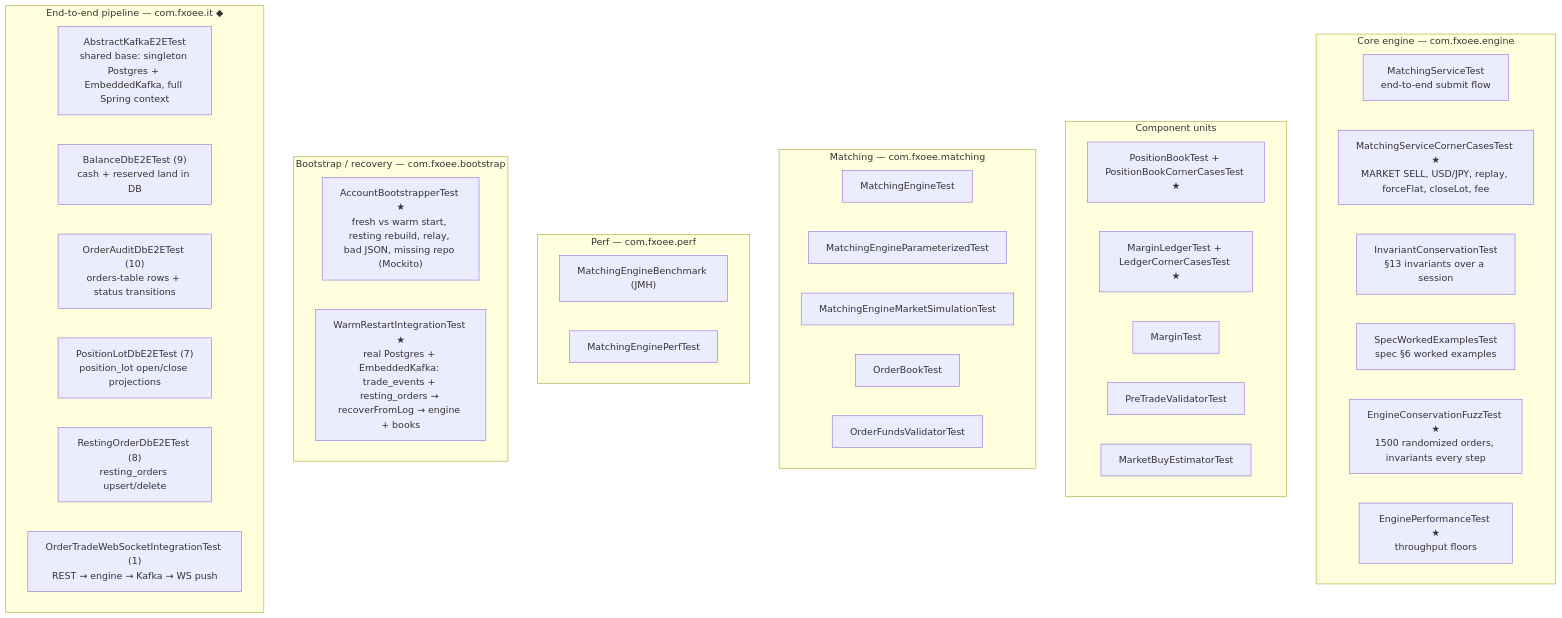
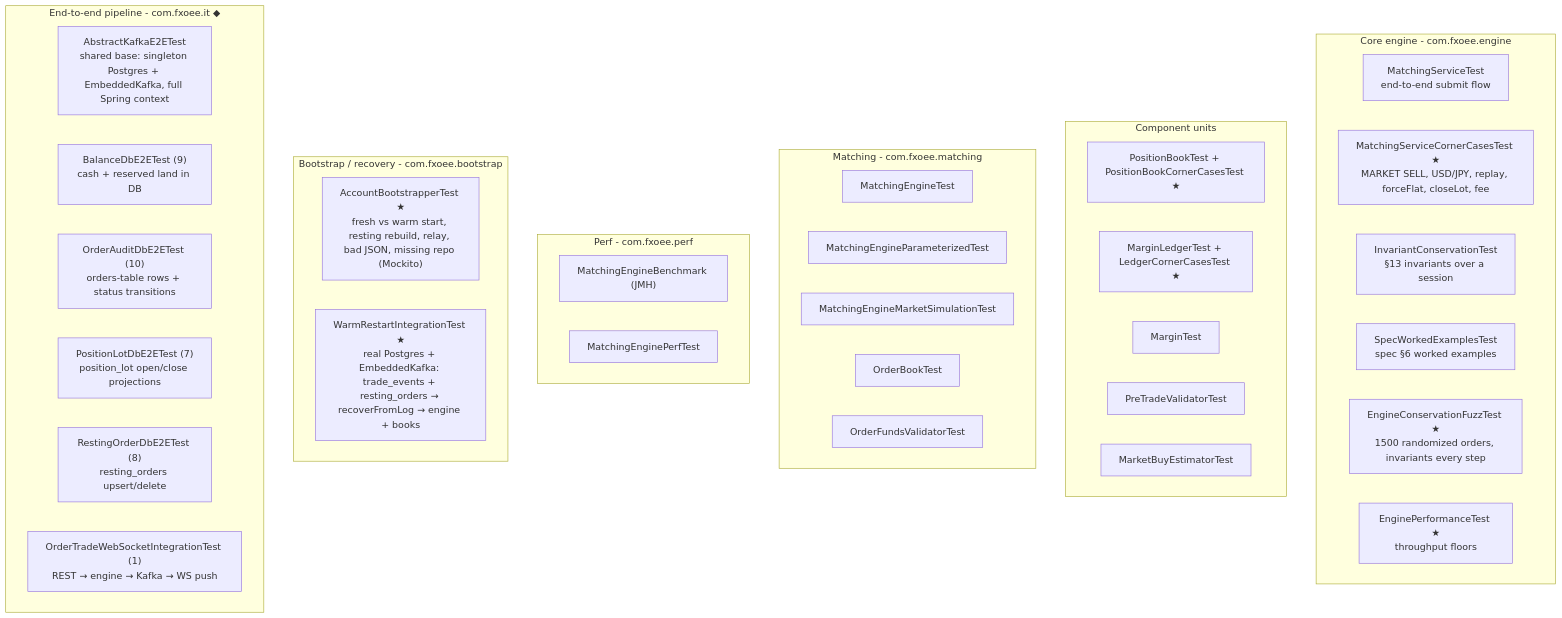
The first of 2 diagrams in 08-testing.md (mc139/fx-oee-docs), drawn with Mermaid before and after one commit. The commit also changed other lines of this file and 21 other files, not shown here.

````diff
--- a/08-testing.md
+++ b/08-testing.md
@@ -11,41 +11,41 @@
 ```mermaid
 flowchart TB
-    subgraph core["Core engine — com.fxoee.engine"]
+    subgraph core["Core engine - com.fxoee.engine"]
         c1["MatchingServiceTest<br/>end-to-end submit flow"]
         c2["MatchingServiceCornerCasesTest ★<br/>MARKET SELL, USD/JPY, replay, forceFlat, closeLot, fee"]
         c3["InvariantConservationTest<br/>§13 invariants over a session"]
         c4["SpecWorkedExamplesTest<br/>spec §6 worked examples"]
         c5["EngineConservationFuzzTest ★<br/>1500 randomized orders, invariants every step"]
         c6["EnginePerformanceTest ★<br/>throughput floors"]
     end
     subgraph units["Component units"]
         u1["PositionBookTest + PositionBookCornerCasesTest ★"]
         u2["MarginLedgerTest + LedgerCornerCasesTest ★"]
         u3["MarginTest"]
         u4["PreTradeValidatorTest"]
         u5["MarketBuyEstimatorTest"]
     end
-    subgraph match["Matching — com.fxoee.matching"]
+    subgraph match["Matching - com.fxoee.matching"]
         m1["MatchingEngineTest"]
         m2["MatchingEngineParameterizedTest"]
         m3["MatchingEngineMarketSimulationTest"]
         m4["OrderBookTest"]
         m5["OrderFundsValidatorTest"]
     end
-    subgraph perf["Perf — com.fxoee.perf"]
+    subgraph perf["Perf - com.fxoee.perf"]
         p1["MatchingEngineBenchmark (JMH)"]
         p2["MatchingEnginePerfTest"]
     end
-    subgraph boot["Bootstrap / recovery — com.fxoee.bootstrap"]
+    subgraph boot["Bootstrap / recovery - com.fxoee.bootstrap"]
         b1["AccountBootstrapperTest ★<br/>fresh vs warm start, resting rebuild, relay, bad JSON, missing repo (Mockito)"]
         b2["WarmRestartIntegrationTest ★<br/>real Postgres + EmbeddedKafka: trade_events + resting_orders → recoverFromLog → engine + books"]
     end
-    subgraph e2e["End-to-end pipeline — com.fxoee.it ◆"]
+    subgraph e2e["End-to-end pipeline - com.fxoee.it ◆"]
         e0["AbstractKafkaE2ETest<br/>shared base: singleton Postgres + EmbeddedKafka, full Spring context"]
         e1["BalanceDbE2ETest (9)<br/>cash + reserved land in DB"]
         e2["OrderAuditDbE2ETest (10)<br/>orders-table rows + status transitions"]
         e3["PositionLotDbE2ETest (7)<br/>position_lot open/close projections"]
         e4["RestingOrderDbE2ETest (8)<br/>resting_orders upsert/delete"]
         e5["OrderTradeWebSocketIntegrationTest (1)<br/>REST → engine → Kafka → WS push"]
     end
 ```
````
